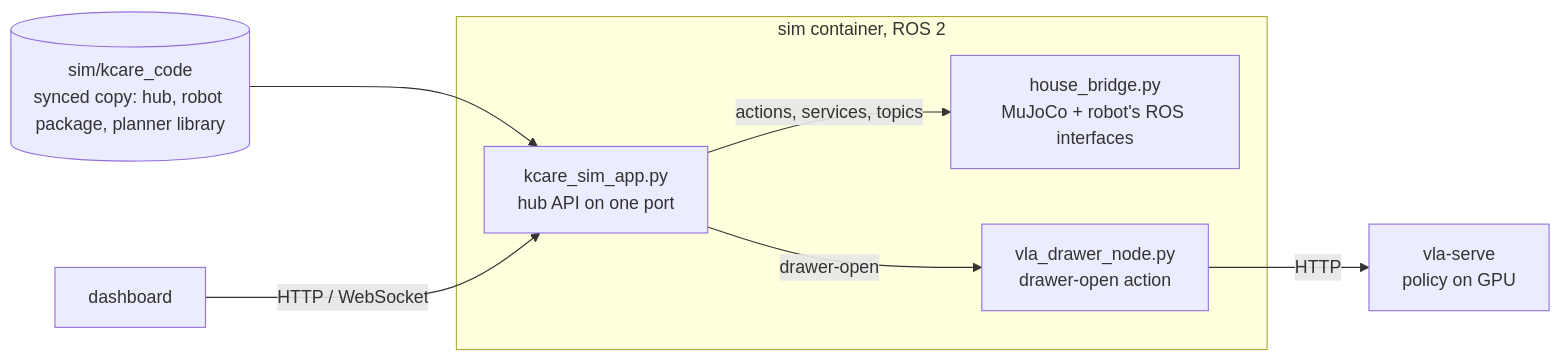
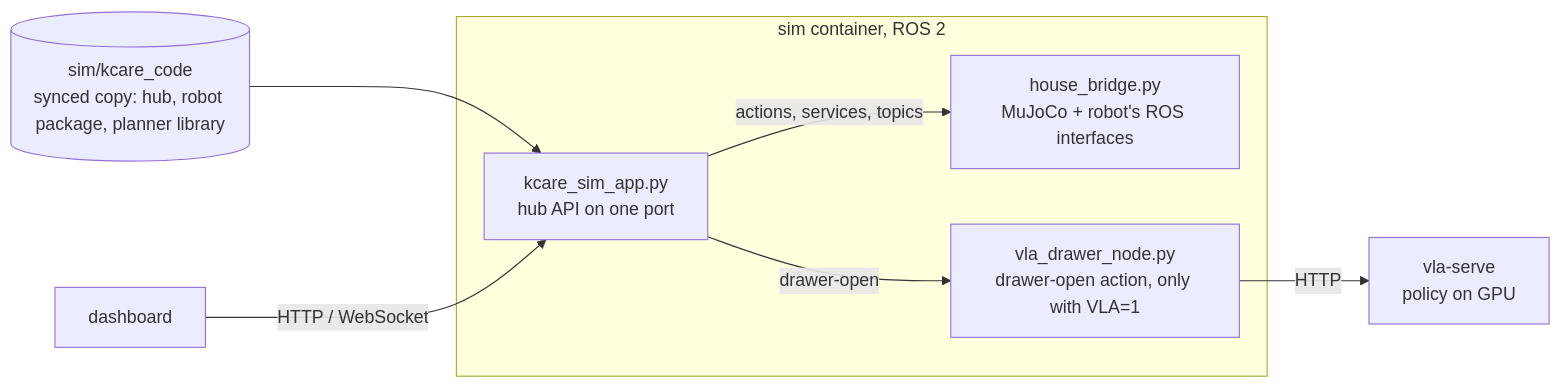
The diagram in website/docs/repos/kcare-sim.md (mtbui2010/robot_agent), drawn with Mermaid before and after one commit. The commit also changed other lines of this file and 31 other files, not shown here.

````diff
--- a/website/docs/repos/kcare-sim.md
+++ b/website/docs/repos/kcare-sim.md
@@ -47,14 +47,14 @@
 ```mermaid
 flowchart LR
   subgraph C[sim container, ROS 2]
     B[house_bridge.py<br/>MuJoCo + robot's ROS interfaces]
     APP[kcare_sim_app.py<br/>hub API on one port]
-    V[vla_drawer_node.py<br/>drawer-open action]
+    V[vla_drawer_node.py<br/>drawer-open action, only with VLA=1]
   end
   COPY[(sim/kcare_code<br/>synced copy: hub, robot package, planner library)]
   COPY --> APP
   APP -- actions, services, topics --> B
   APP -- drawer-open --> V
   V -- HTTP --> S[vla-serve<br/>policy on GPU]
   D[dashboard] -- HTTP / WebSocket --> APP
 ```
````
